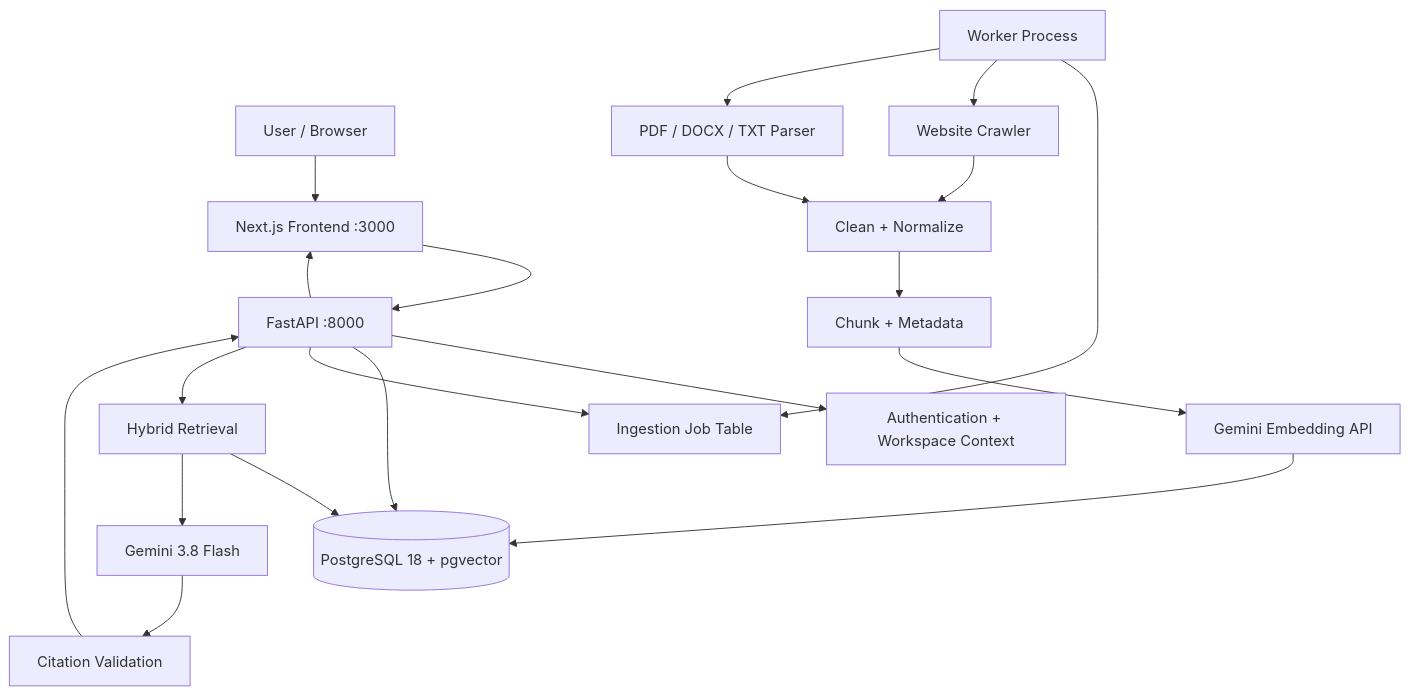
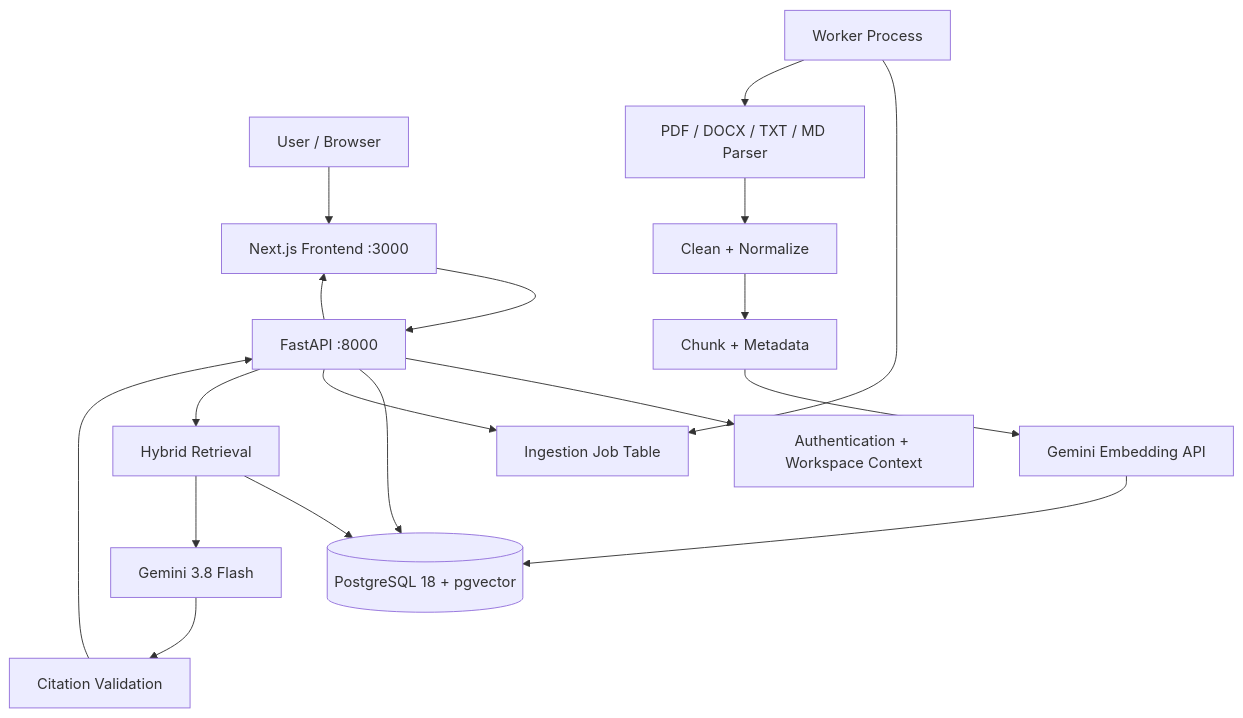
One commit to luphone04/knowbase-ai changed the diagram in SPEC.md. Above: the diagram before and after it, drawn with Mermaid. The commit also changed other lines of this file and 5 other files, not shown here.

First line of the commit message:
docs: file-upload-only scope (ADR 0008); update SPEC, README, architecture, status

````diff
--- a/SPEC.md
+++ b/SPEC.md
@@ -417,22 +419,20 @@
 ``` mermaid
 flowchart TD
     U["User / Browser"] --> FE["Next.js Frontend :3000"]
     FE --> API["FastAPI :8000"]
     API --> AUTH["Authentication + Workspace Context"]
     API --> DB[("PostgreSQL 18 + pgvector")]
     API --> JOBS["Ingestion Job Table"]
     WORKER["Worker Process"] --> JOBS
-    WORKER --> CRAWL["Website Crawler"]
-    WORKER --> PARSE["PDF / DOCX / TXT Parser"]
-    CRAWL --> CLEAN["Clean + Normalize"]
-    PARSE --> CLEAN
+    WORKER --> PARSE["PDF / DOCX / TXT / MD Parser"]
+    PARSE --> CLEAN["Clean + Normalize"]
     CLEAN --> CHUNK["Chunk + Metadata"]
     CHUNK --> EMB["Gemini Embedding API"]
     EMB --> DB
     API --> RET["Hybrid Retrieval"]
     RET --> DB
     RET --> GEN["Gemini 3.8 Flash"]
     GEN --> CITE["Citation Validation"]
     CITE --> API
     API --> FE
 ```
````
